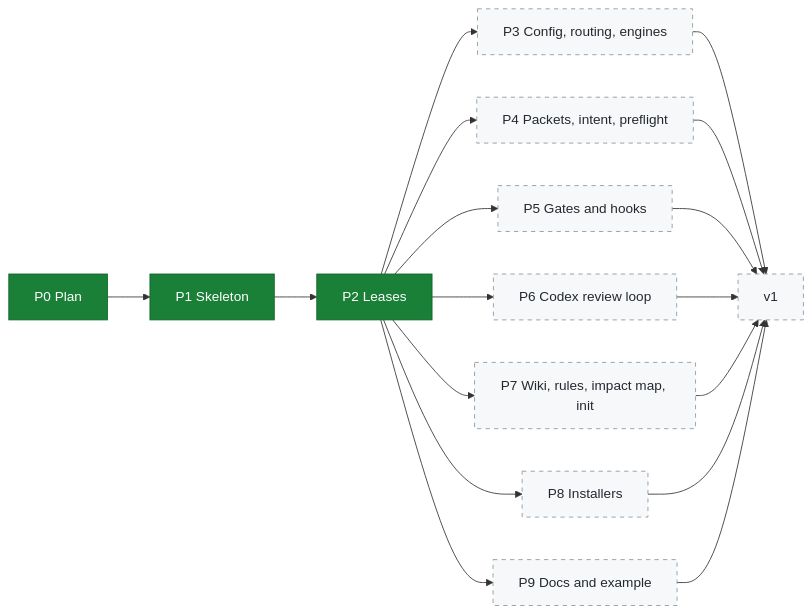
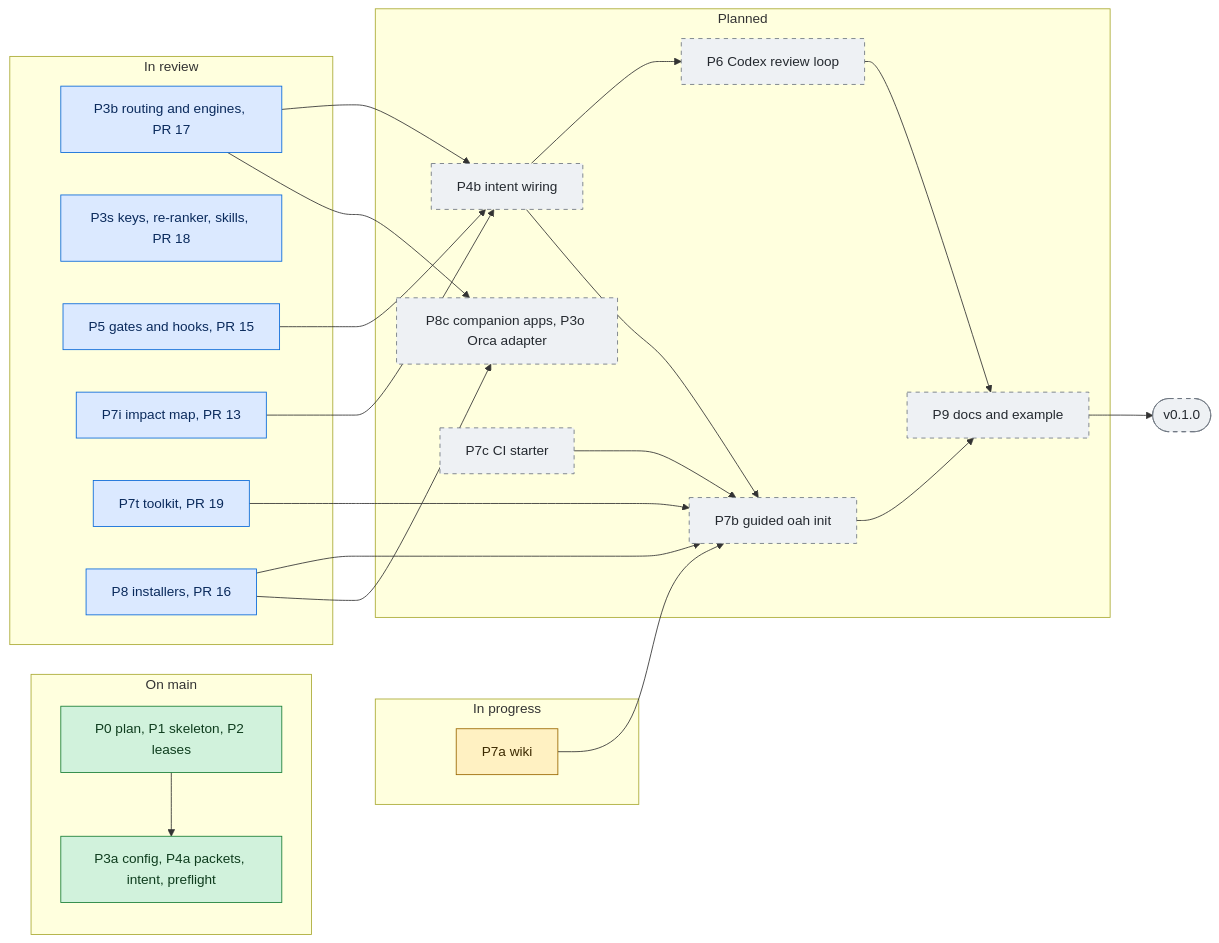
One commit to KenSuh/open-agent-harness changed the eighth of 8 diagrams in README.md. Above: the diagram before and after it, drawn with Mermaid. The commit also changed other lines of this file, not shown here.

First line of the commit message:
docs(readme): show oah's strengths, with status-coloured diagrams

````diff
--- a/README.md
+++ b/README.md
@@ -312,23 +780,56 @@
 ```mermaid
 flowchart LR
-    P0["P0 Plan"] --> P1["P1 Skeleton"] --> P2["P2 Leases"]
-    P2 --> P3["P3 Config, routing, engines"]
-    P2 --> P4["P4 Packets, intent, preflight"]
-    P2 --> P5["P5 Gates and hooks"]
-    P2 --> P6["P6 Codex review loop"]
-    P2 --> P7["P7 Wiki, rules, impact map, init"]
-    P2 --> P8["P8 Installers"]
-    P2 --> P9["P9 Docs and example"]
-    P3 --> V1["v1"]
-    P4 --> V1
-    P5 --> V1
-    P6 --> V1
-    P7 --> V1
-    P8 --> V1
-    P9 --> V1
+    subgraph onmain["On main"]
+        A["P0 plan, P1 skeleton, P2 leases"]
+        B["P3a config, P4a packets, intent, preflight"]
+    end
 
-    classDef done fill:#1a7f37,stroke:#116329,color:#ffffff
-    classDef planned fill:#f6f8fa,stroke:#8c959f,color:#24292f,stroke-dasharray: 5 5
-    class P0,P1,P2 done
-    class P3,P4,P5,P6,P7,P8,P9,V1 planned
+    subgraph inreview["In review"]
+        C["P3b routing and engines, PR 17"]
+        D["P3s keys, re-ranker, skills, PR 18"]
+        E["P5 gates and hooks, PR 15"]
+        F["P7i impact map, PR 13"]
+        G["P7t toolkit, PR 19"]
+        H["P8 installers, PR 16"]
+    end
+
+    subgraph building["In progress"]
+        I["P7a wiki"]
+    end
+
+    subgraph later["Planned"]
+        J["P4b intent wiring"]
+        K["P6 Codex review loop"]
+        L["P7b guided oah init"]
+        N["P8c companion apps, P3o Orca adapter"]
+        Q["P7c CI starter"]
+        M["P9 docs and example"]
+    end
+
+    V1(["v0.1.0"])
+
+    A --> B
+    C --> J
+    E --> J
+    F --> J
+    J --> K
+    J --> L
+    I --> L
+    G --> L
+    H --> L
+    C --> N
+    H --> N
+    Q --> L
+    K --> M
+    L --> M
+    M --> V1
+
+    classDef avail fill:#d1f2dc,stroke:#1a7f37,color:#0f3d1e
+    classDef review fill:#dbe9ff,stroke:#0969da,color:#0a2a5c
+    classDef progress fill:#fff1c2,stroke:#9a6700,color:#3d2a00
+    classDef planned fill:#eef1f4,stroke:#6e7781,color:#24292f,stroke-dasharray: 5 5
+    class A,B avail
+    class C,D,E,F,G,H review
+    class I progress
+    class J,K,L,M,N,Q,V1 planned
 ```
````
